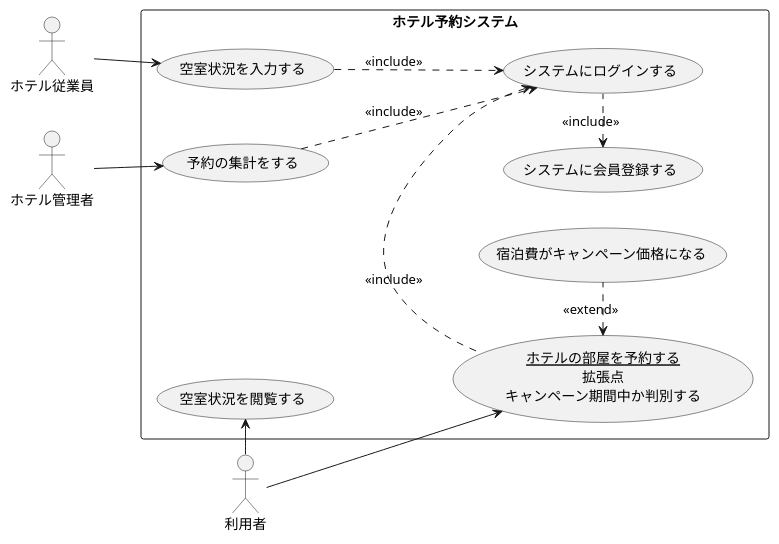
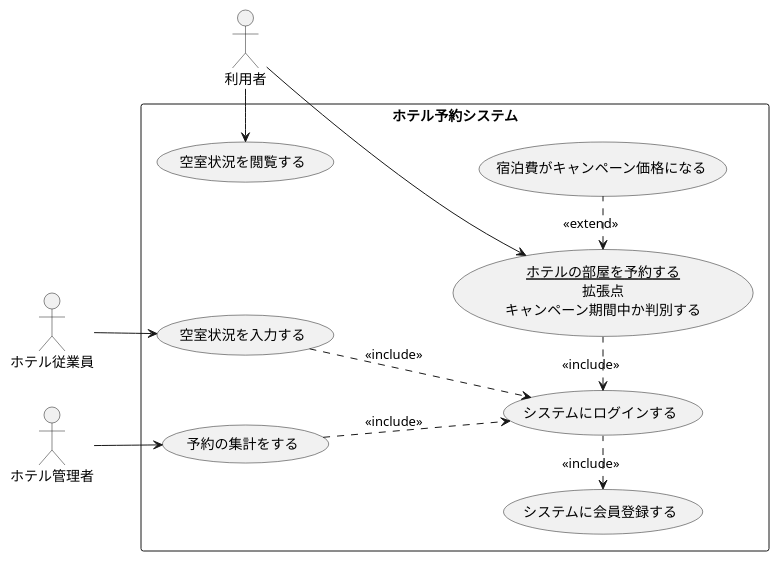
The diagram in 演習2-8_UC_ホテル予約システム.pu (moppechan/uml_introduction), drawn with PlantUML before and after one commit. The commit also changed other lines of this file, not shown here.

```diff
--- a/演習2-8_UC_ホテル予約システム.pu
+++ b/演習2-8_UC_ホテル予約システム.pu
@@ -1,24 +1,24 @@
 @startuml ホテル予約システム
 left to right direction
 actor 利用者
 actor ホテル従業員
 actor ホテル管理者
 rectangle ホテル予約システム{
 usecase 空室状況を閲覧する
 usecase 空室状況を入力する
 usecase 予約の集計をする
 usecase システムにログインする
 usecase システムに会員登録する
 usecase (<u>ホテルの部屋を予約する</u>\n拡張点\nキャンペーン期間中か判別する) as input
 usecase 宿泊費がキャンペーン価格になる
 }
+利用者 -right-> 空室状況を閲覧する
 input <. 宿泊費がキャンペーン価格になる : <<extend>>
 システムにログインする <. input : << include >>
 input <- 利用者
 システムに会員登録する <. システムにログインする : <<include>>
-利用者 -right-> 空室状況を閲覧する
 ホテル従業員 --> 空室状況を入力する
 ホテル管理者 --> 予約の集計をする
 空室状況を入力する ..> システムにログインする : <<include>>
 予約の集計をする ..> システムにログインする : <<include>>
 @enduml
```
